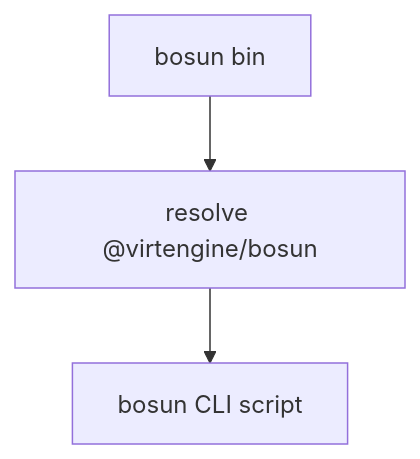
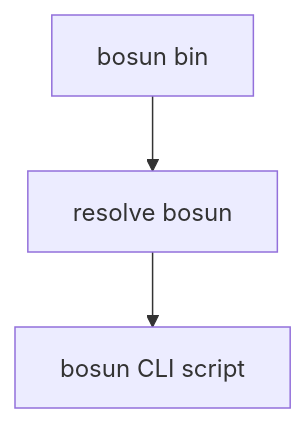
The diagram in scripts/codex-monitor/AGENTS.md (virtengine-network/virtengine), drawn with Mermaid before and after one commit. The commit also changed other lines of this file and 14 other files, not shown here.

````diff
--- a/scripts/codex-monitor/AGENTS.md
+++ b/scripts/codex-monitor/AGENTS.md
@@ -16,5 +16,5 @@
 ```mermaid
 flowchart TD
-  Shim[bosun bin] --> Resolve[resolve @virtengine/bosun]
+  Shim[bosun bin] --> Resolve[resolve bosun]
   Resolve --> Bosun[bosun CLI script]
 ```
````
